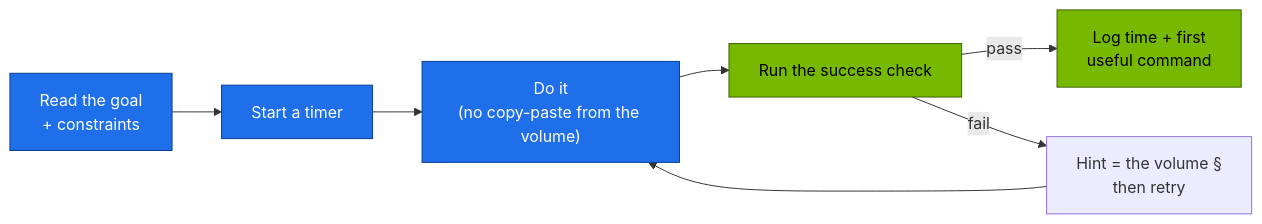
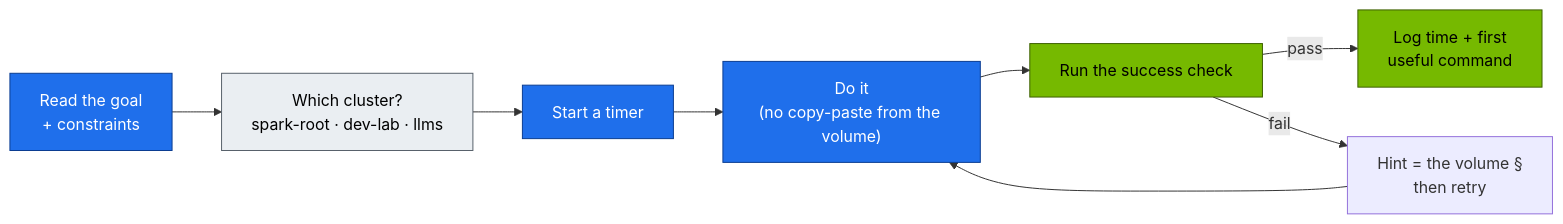
The diagram in 02 Kubernetes/20-hands-on-practice-exercises-workbook.md (cloudone365/technical-depth), drawn with Mermaid before and after one commit. The commit also changed other lines of this file and 53 other files, not shown here.

````diff
--- a/02 Kubernetes/20-hands-on-practice-exercises-workbook.md
+++ b/02 Kubernetes/20-hands-on-practice-exercises-workbook.md
@@ -17,10 +18,12 @@
 ```mermaid
 flowchart LR
-  R["Read the goal<br/>+ constraints"] --> T["Start a timer"] --> D["Do it<br/>(no copy-paste from the volume)"] --> C["Run the success check"]
+  R["Read the goal<br/>+ constraints"] --> W["Which cluster?<br/>spark-root · dev-lab · llms"] --> T["Start a timer"] --> D["Do it<br/>(no copy-paste from the volume)"] --> C["Run the success check"]
   C -->|pass| L["Log time + first<br/>useful command"]
   C -->|fail| H["Hint = the volume §<br/>then retry"] --> D
   classDef ctrl fill:#1f6feb,stroke:#0b3d91,color:#fff
   classDef gpu fill:#76b900,stroke:#3d6000,color:#000
+  classDef tenant fill:#eaeef2,stroke:#57606a,color:#000
   class R,T,D ctrl
+  class W tenant
   class C,L gpu
 ```
````
